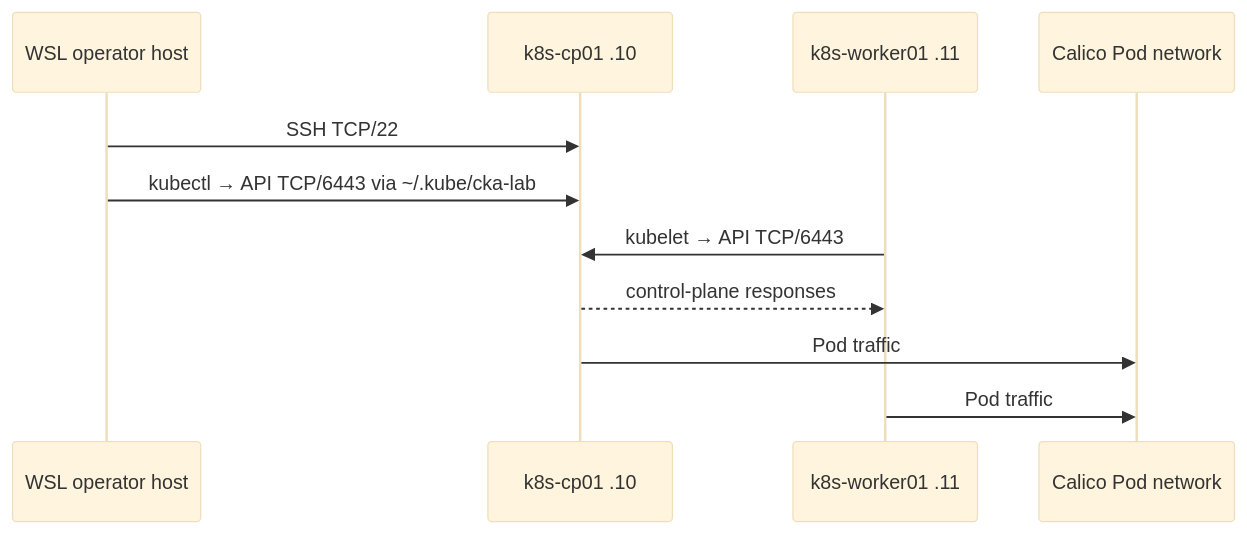
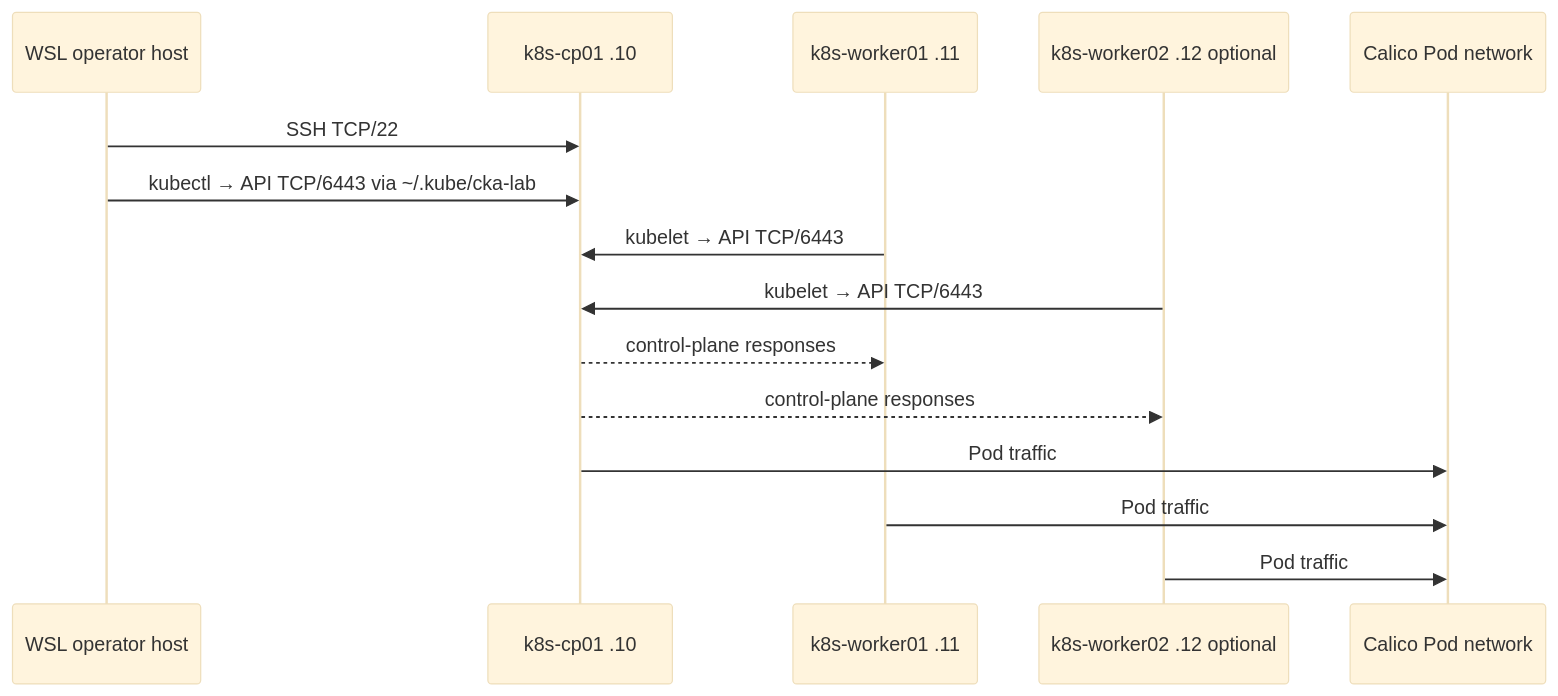
Before and after one commit to secopsarch/k8s-disposable-lab: the fourth of 4 diagrams in docs/architecture-and-operations.md, drawn with Mermaid (base theme). The commit also changed other lines of this file and 5 other files, not shown here.

````diff
--- a/docs/architecture-and-operations.md
+++ b/docs/architecture-and-operations.md
@@ -70,14 +73,18 @@
 ```mermaid
 sequenceDiagram
     participant O as WSL operator host
     participant CP as k8s-cp01 .10
-    participant WK as k8s-worker01 .11
+    participant WK1 as k8s-worker01 .11
+    participant WK2 as k8s-worker02 .12 optional
     participant C as Calico Pod network
 
     O->>CP: SSH TCP/22
     O->>CP: kubectl → API TCP/6443 via ~/.kube/cka-lab
-    WK->>CP: kubelet → API TCP/6443
-    CP-->>WK: control-plane responses
+    WK1->>CP: kubelet → API TCP/6443
+    WK2->>CP: kubelet → API TCP/6443
+    CP-->>WK1: control-plane responses
+    CP-->>WK2: control-plane responses
     CP->>C: Pod traffic
-    WK->>C: Pod traffic
+    WK1->>C: Pod traffic
+    WK2->>C: Pod traffic
 ```
````
